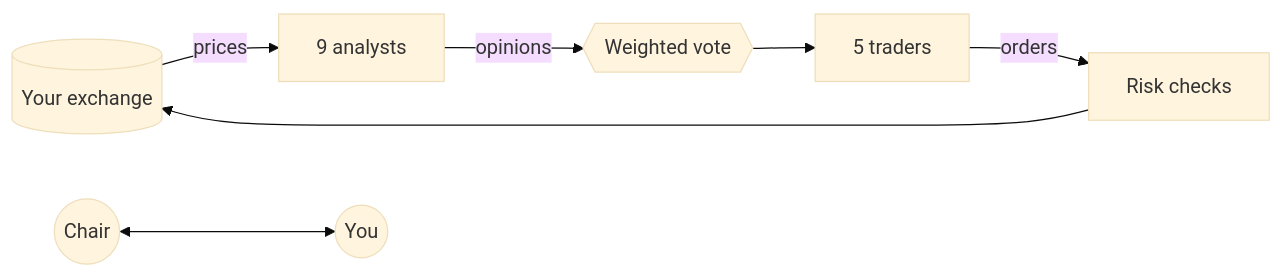
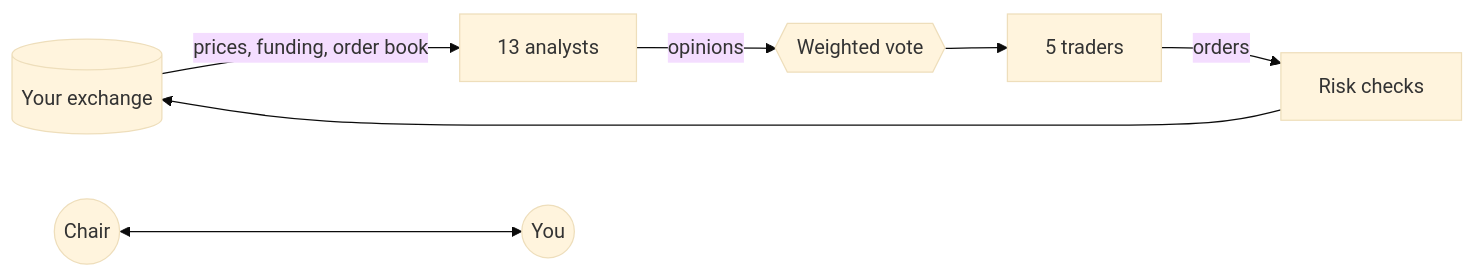
One commit to DushaneW/trade-bot-AI changed the diagram in README.md. Above: the diagram before and after it, drawn with Mermaid (base theme). The commit also changed other lines of this file and 31 other files, not shown here.

````diff
--- a/README.md
+++ b/README.md
@@ -161,9 +162,9 @@
 ```mermaid
 flowchart LR
-    M[(Your exchange)] -- prices --> A[9 analysts]
+    M[(Your exchange)] -- prices, funding, order book --> A[13 analysts]
     A -- opinions --> C{{Weighted vote}}
     C --> T[5 traders]
     T -- orders --> R[Risk checks]
     R --> M
     Chair((Chair)) <--> You((You))
 ```
````
